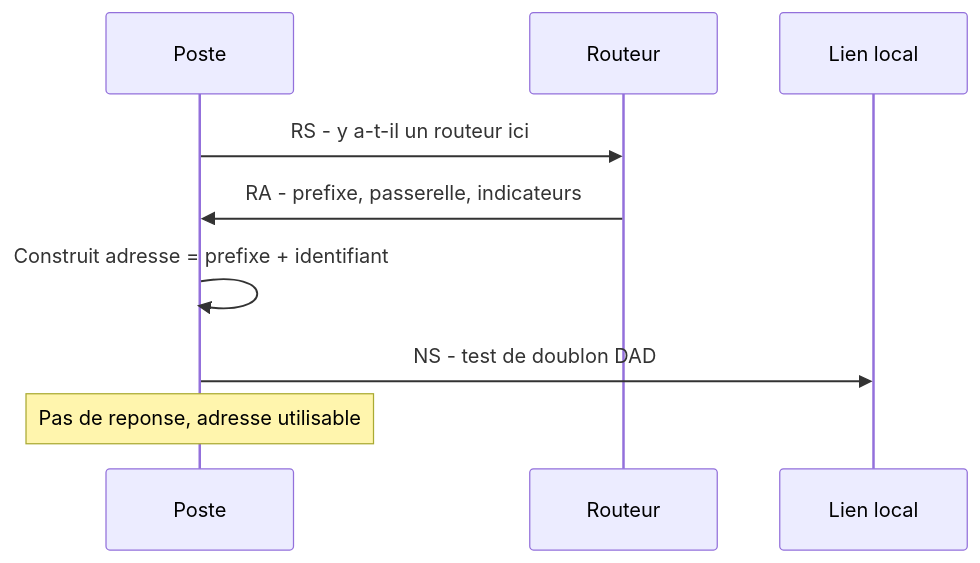
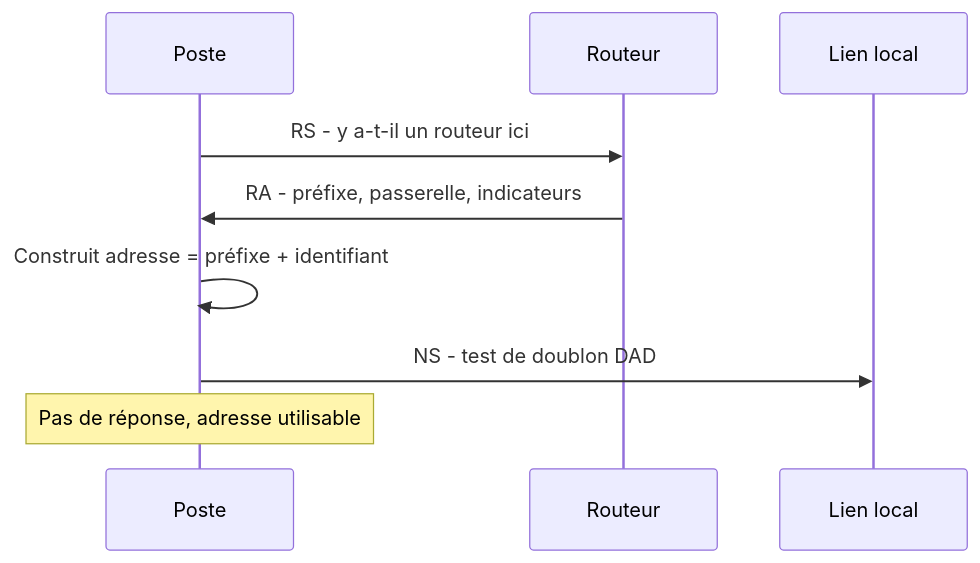
One commit to Gooseppr/GevOps_LC changed the diagram in courses/reseaux-cybersecurite/05_adressage_ipv6.md. Above: the diagram before and after it, drawn with Mermaid. The commit also changed 56 other files, not shown here.

````diff
--- a/courses/reseaux-cybersecurite/05_adressage_ipv6.md
+++ b/courses/reseaux-cybersecurite/05_adressage_ipv6.md
@@ -186,11 +186,11 @@
 ```mermaid
 sequenceDiagram
     participant H as Poste
     participant R as Routeur
     participant L as Lien local
     H->>R: RS - y a-t-il un routeur ici
-    R->>H: RA - prefixe, passerelle, indicateurs
-    H->>H: Construit adresse = prefixe + identifiant
+    R->>H: RA - préfixe, passerelle, indicateurs
+    H->>H: Construit adresse = préfixe + identifiant
     H->>L: NS - test de doublon DAD
-    Note over H: Pas de reponse, adresse utilisable
+    Note over H: Pas de réponse, adresse utilisable
 ```
````
